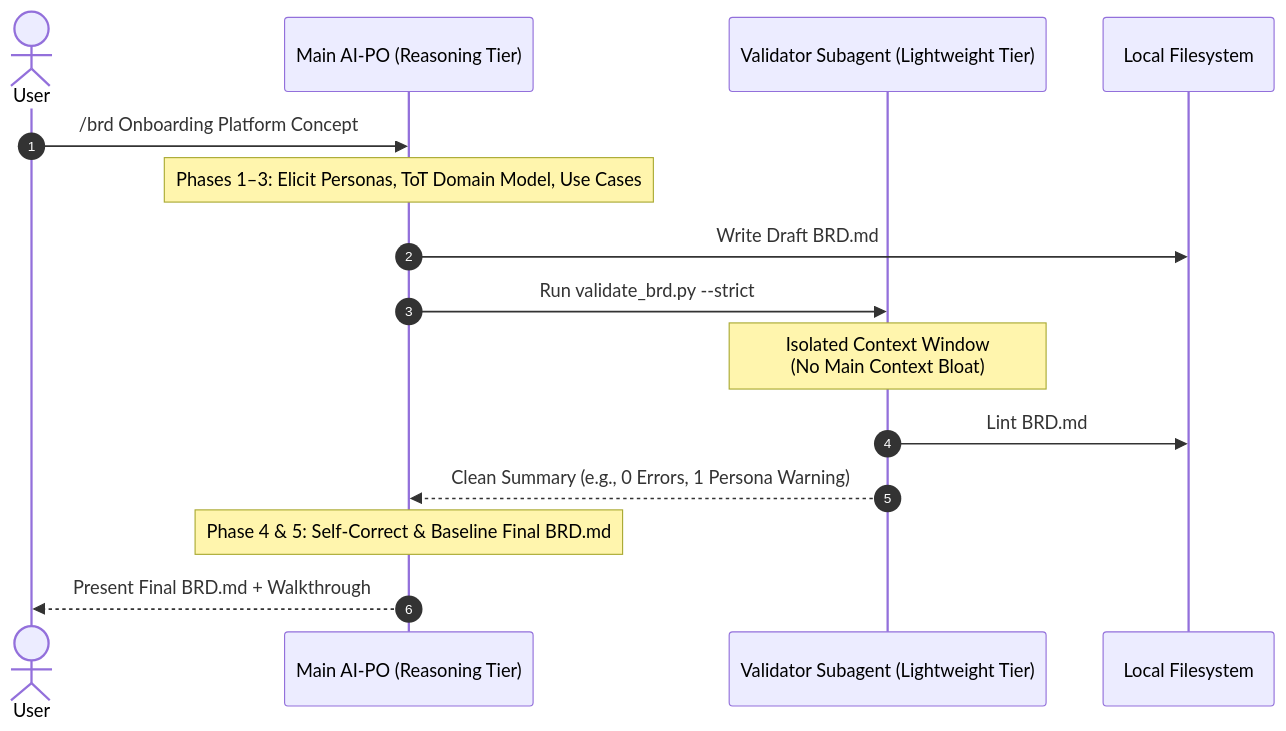
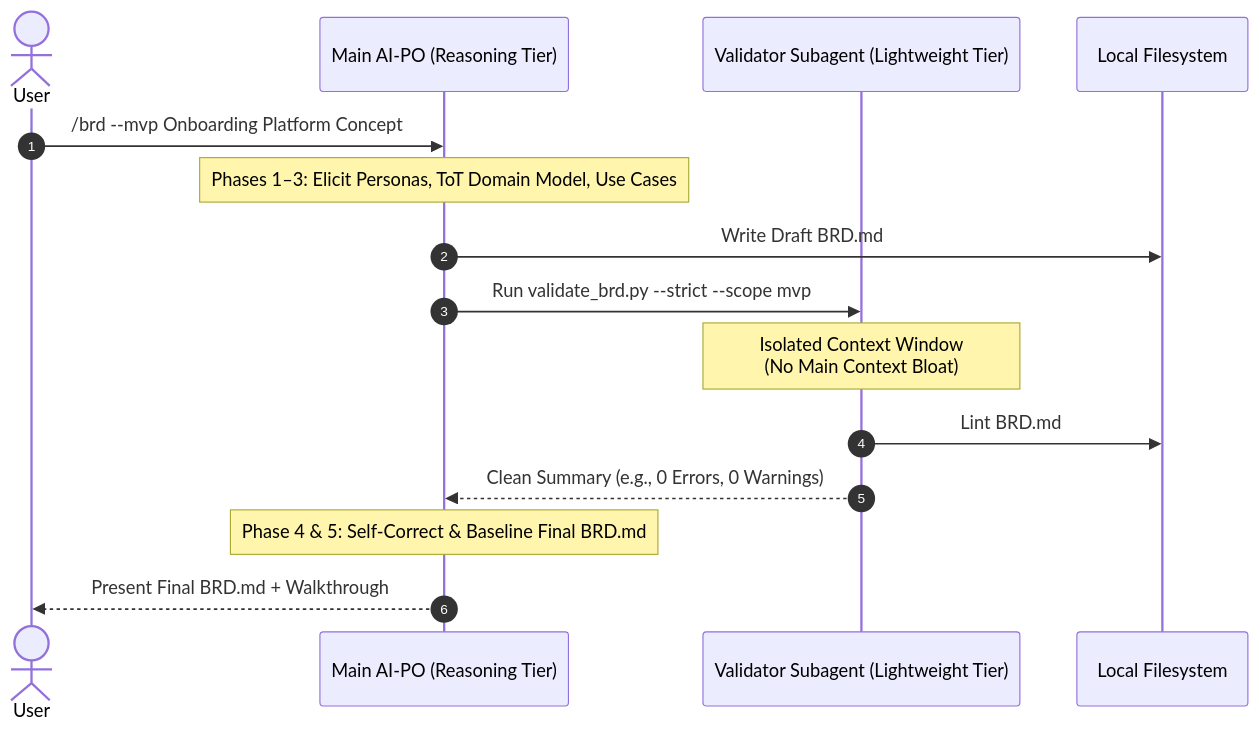
One commit to srikanthkakumanu/skills-catalog changed the third of 4 diagrams in skills/brd/README.md. Above: the diagram before and after it, drawn with Mermaid. The commit also changed other lines of this file and 13 other files, not shown here.

Commit message:
feat: add scope boundary validation to BRD linter with prototype, mvp, and full support levels

````diff
--- a/skills/brd/README.md
+++ b/skills/brd/README.md
@@ -125,18 +158,18 @@
 ```mermaid
 sequenceDiagram
     autonumber
     actor User
     participant Orchestrator as Main AI-PO (Reasoning Tier)
     participant Subagent as Validator Subagent (Lightweight Tier)
     participant FS as Local Filesystem
 
-    User->>Orchestrator: /brd Onboarding Platform Concept
+    User->>Orchestrator: /brd --mvp Onboarding Platform Concept
     Note over Orchestrator: Phases 1–3: Elicit Personas, ToT Domain Model, Use Cases
     Orchestrator->>FS: Write Draft BRD.md
-    Orchestrator->>Subagent: Run validate_brd.py --strict
+    Orchestrator->>Subagent: Run validate_brd.py --strict --scope mvp
     Note over Subagent: Isolated Context Window<br>(No Main Context Bloat)
     Subagent->>FS: Lint BRD.md
-    Subagent-->>Orchestrator: Clean Summary (e.g., 0 Errors, 1 Persona Warning)
+    Subagent-->>Orchestrator: Clean Summary (e.g., 0 Errors, 0 Warnings)
     Note over Orchestrator: Phase 4 & 5: Self-Correct & Baseline Final BRD.md
     Orchestrator-->>User: Present Final BRD.md + Walkthrough
 ```
````
